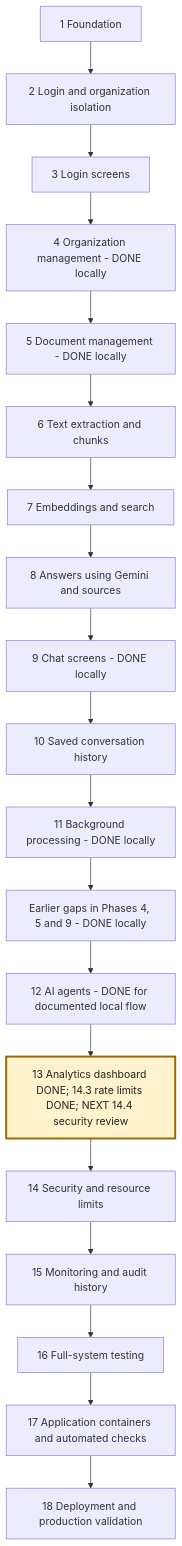
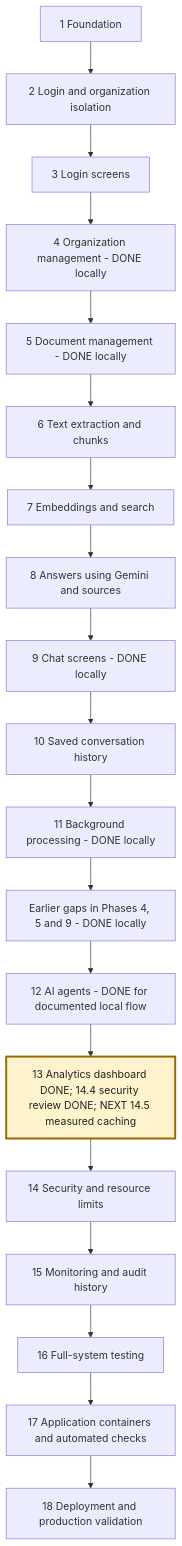
Before and after one commit to msdian0007/nexaAi: the second of 6 diagrams in NEXAAI_ROADMAP.md, drawn with Mermaid. The commit also changed other lines of this file and 22 other files, not shown here.

````diff
--- a/NEXAAI_ROADMAP.md
+++ b/NEXAAI_ROADMAP.md
@@ -195,22 +200,22 @@
 ```mermaid
 flowchart TD
     A[1 Foundation] --> B[2 Login and organization isolation]
     B --> C[3 Login screens]
     C --> D[4 Organization management - DONE locally]
     D --> E[5 Document management - DONE locally]
     E --> F[6 Text extraction and chunks]
     F --> G[7 Embeddings and search]
     G --> H[8 Answers using Gemini and sources]
     H --> I[9 Chat screens - DONE locally]
     I --> J[10 Saved conversation history]
     J --> K[11 Background processing - DONE locally]
     K --> L[Earlier gaps in Phases 4, 5 and 9 - DONE locally]
     L --> M[12 AI agents - DONE for documented local flow]
-    M --> N[13 Analytics dashboard DONE; 14.3 rate limits DONE; NEXT 14.4 security review]
+    M --> N[13 Analytics dashboard DONE; 14.4 security review DONE; NEXT 14.5 measured caching]
     N --> O[14 Security and resource limits]
     O --> P[15 Monitoring and audit history]
     P --> Q[16 Full-system testing]
     Q --> R[17 Application containers and automated checks]
     R --> S[18 Deployment and production validation]
     style N fill:#fff3cd,stroke:#9a6700,stroke-width:3px,color:#222
 ```
````
